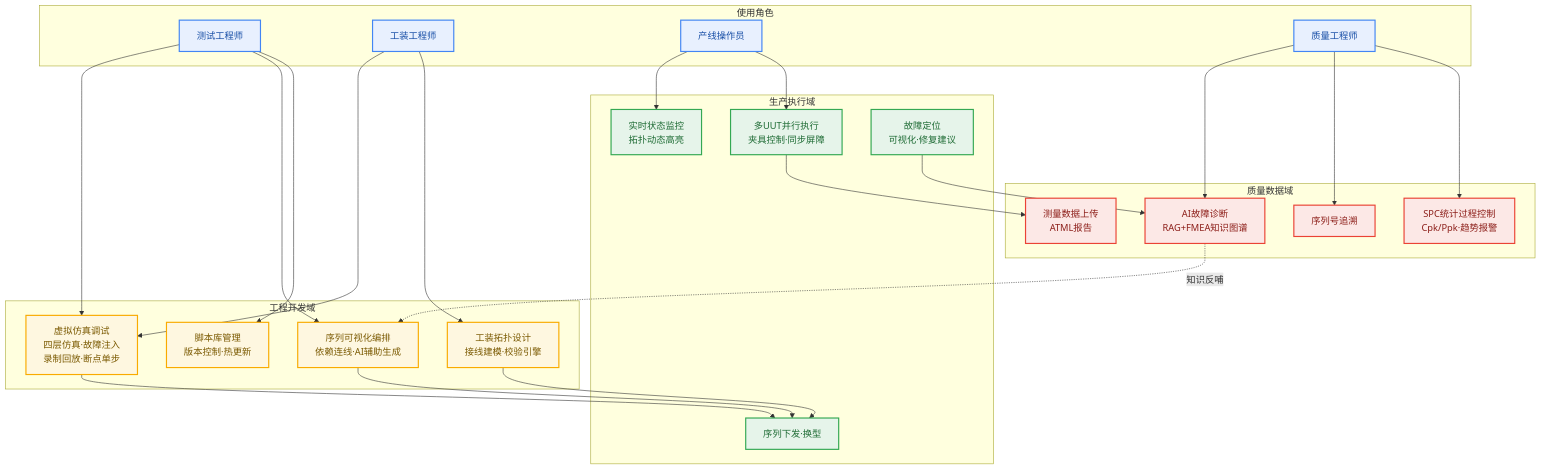
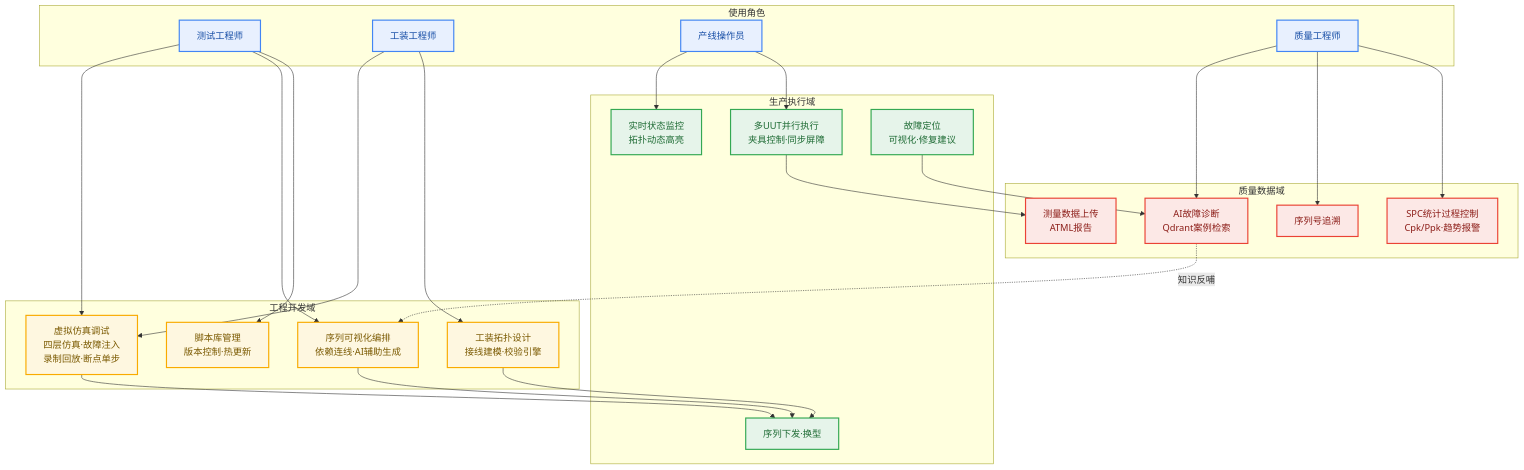
Before and after one commit to chenjun420/ATEStudio: the first of 14 diagrams in docs/ATE Studio系统方案与详细设计文档.md, drawn with Mermaid. The commit also changed other lines of this file and 95 other files, not shown here.

````diff
--- a/docs/ATE Studio系统方案与详细设计文档.md
+++ b/docs/ATE Studio系统方案与详细设计文档.md
@@ -127,47 +145,47 @@
 ```mermaid
 flowchart TB
     classDef role fill:#E8F0FE,stroke:#4285F4,stroke-width:2px,color:#174EA6
     classDef dev fill:#FEF7E0,stroke:#F9AB00,stroke-width:2px,color:#7A5900
     classDef prod fill:#E6F4EA,stroke:#34A853,stroke-width:2px,color:#1E6B34
     classDef qual fill:#FCE8E6,stroke:#EA4335,stroke-width:2px,color:#8C1D18
 
     subgraph R[使用角色]
         R1[测试工程师]:::role
         R2[工装工程师]:::role
         R3[产线操作员]:::role
         R4[质量工程师]:::role
     end
 
     subgraph DEV[工程开发域]
         D1[脚本库管理<br/>版本控制·热更新]:::dev
         D2[序列可视化编排<br/>依赖连线·AI辅助生成]:::dev
         D3[工装拓扑设计<br/>接线建模·校验引擎]:::dev
         D4[虚拟仿真调试<br/>四层仿真·故障注入<br/>录制回放·断点单步]:::dev
     end
 
     subgraph PROD[生产执行域]
         P1[序列下发·换型]:::prod
         P2[多UUT并行执行<br/>夹具控制·同步屏障]:::prod
         P3[实时状态监控<br/>拓扑动态高亮]:::prod
         P4[故障定位<br/>可视化·修复建议]:::prod
     end
 
     subgraph QUAL[质量数据域]
         Q1[测量数据上传<br/>ATML报告]:::qual
         Q2[SPC统计过程控制<br/>Cpk/Ppk·趋势报警]:::qual
         Q3[序列号追溯]:::qual
-        Q4[AI故障诊断<br/>RAG+FMEA知识图谱]:::qual
+        Q4[AI故障诊断<br/>Qdrant案例检索]:::qual
     end
 
     R1 --> D1 & D2 & D4
     R2 --> D3 & D4
     R3 --> P2 & P3
     R4 --> Q2 & Q3 & Q4
 
     D2 --> P1
     D3 --> P1
     D4 --> P1
     P2 --> Q1
     P4 --> Q4
     Q4 -.知识反哺.-> D2
 ```
````
